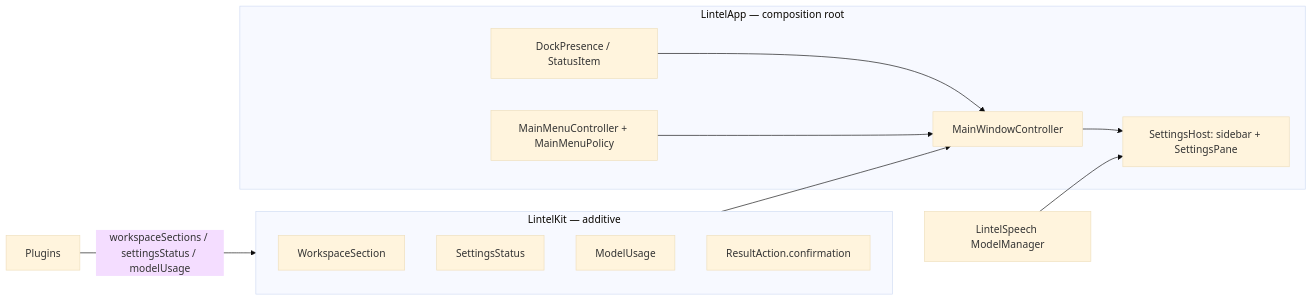
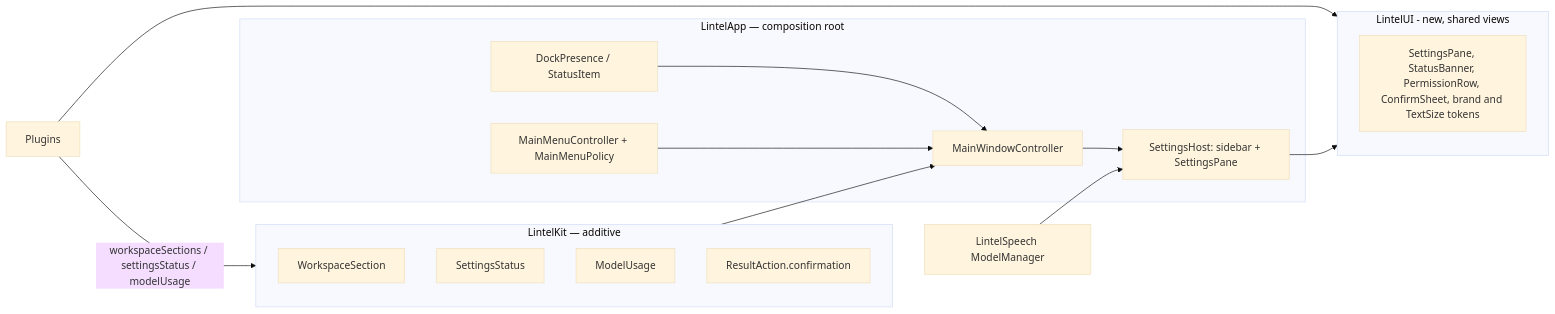
The diagram in .ai/specs/2026-11-04-lintel-main-window.md (mjozefiak/Pounce), drawn with Mermaid (base theme) before and after one commit. The commit also changed other lines of this file and 2 other files, not shown here.

````diff
--- a/.ai/specs/2026-11-04-lintel-main-window.md
+++ b/.ai/specs/2026-11-04-lintel-main-window.md
@@ -53,21 +53,26 @@
 ```mermaid
 flowchart LR
   subgraph Shell[LintelApp  — composition root]
     MW[MainWindowController]
     ST[SettingsHost: sidebar + SettingsPane]
     MM[MainMenuController + MainMenuPolicy]
     DK[DockPresence / StatusItem]
+  end
+  subgraph UI[LintelUI - new, shared views]
+    CMP[SettingsPane, StatusBanner, PermissionRow, ConfirmSheet, brand and TextSize tokens]
   end
   subgraph Kit[LintelKit — additive]
     WS[WorkspaceSection]
     SS[SettingsStatus]
     MU[ModelUsage]
     RC[ResultAction.confirmation]
   end
   P1[Plugins] -- workspaceSections / settingsStatus / modelUsage --> Kit
   Kit --> MW
   DK --> MW
   MM --> MW
   MW --> ST
   Speech[LintelSpeech ModelManager] --> ST
+  P1 --> UI
+  ST --> UI
 ```
````
